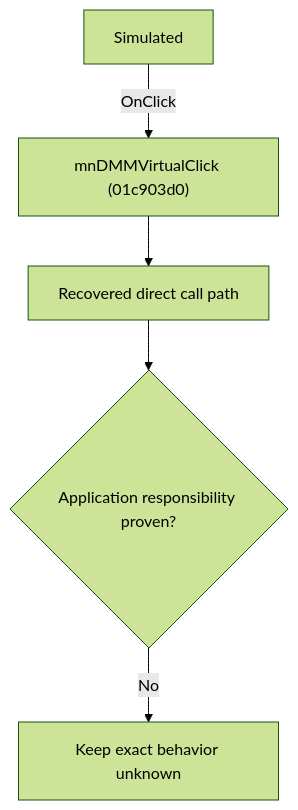
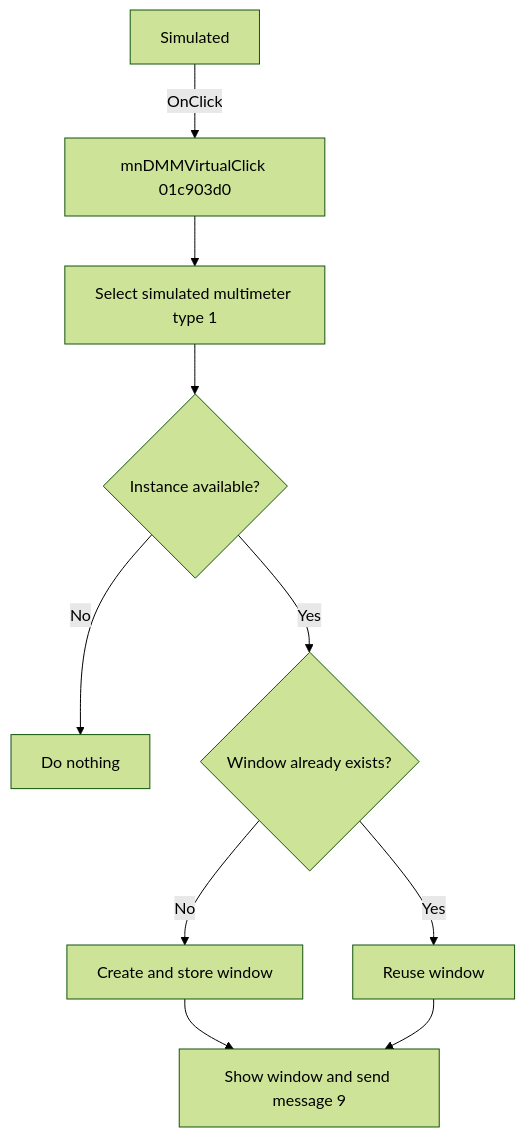
One commit to MovGP0/TIARA changed the diagram in docs/ui-controls/schematiceditor/mndmmvirtual-bc36655829.md. Above: the diagram before and after it, drawn with Mermaid (forest theme). The commit also changed other lines of this file and 241 other files, not shown here.

````diff
--- a/docs/ui-controls/schematiceditor/mndmmvirtual-bc36655829.md
+++ b/docs/ui-controls/schematiceditor/mndmmvirtual-bc36655829.md
@@ -27,7 +22,12 @@
 ```mermaid
 flowchart TD
-    control["Simulated"] -->|"OnClick"| handler["mnDMMVirtualClick (01c903d0)"]
-    handler --> recovered["Recovered direct call path"]
-    recovered --> gap{"Application responsibility proven?"}
-    gap -->|"No"| blocked["Keep exact behavior unknown"]
+    control["Simulated"] -->|"OnClick"| handler["mnDMMVirtualClick 01c903d0"]
+    handler --> coordinator["Select simulated multimeter type 1"]
+    coordinator --> available{"Instance available?"}
+    available -->|"No"| noOp["Do nothing"]
+    available -->|"Yes"| slot{"Window already exists?"}
+    slot -->|"No"| create["Create and store window"]
+    slot -->|"Yes"| reuse["Reuse window"]
+    create --> show["Show window and send message 9"]
+    reuse --> show
 ```
````
